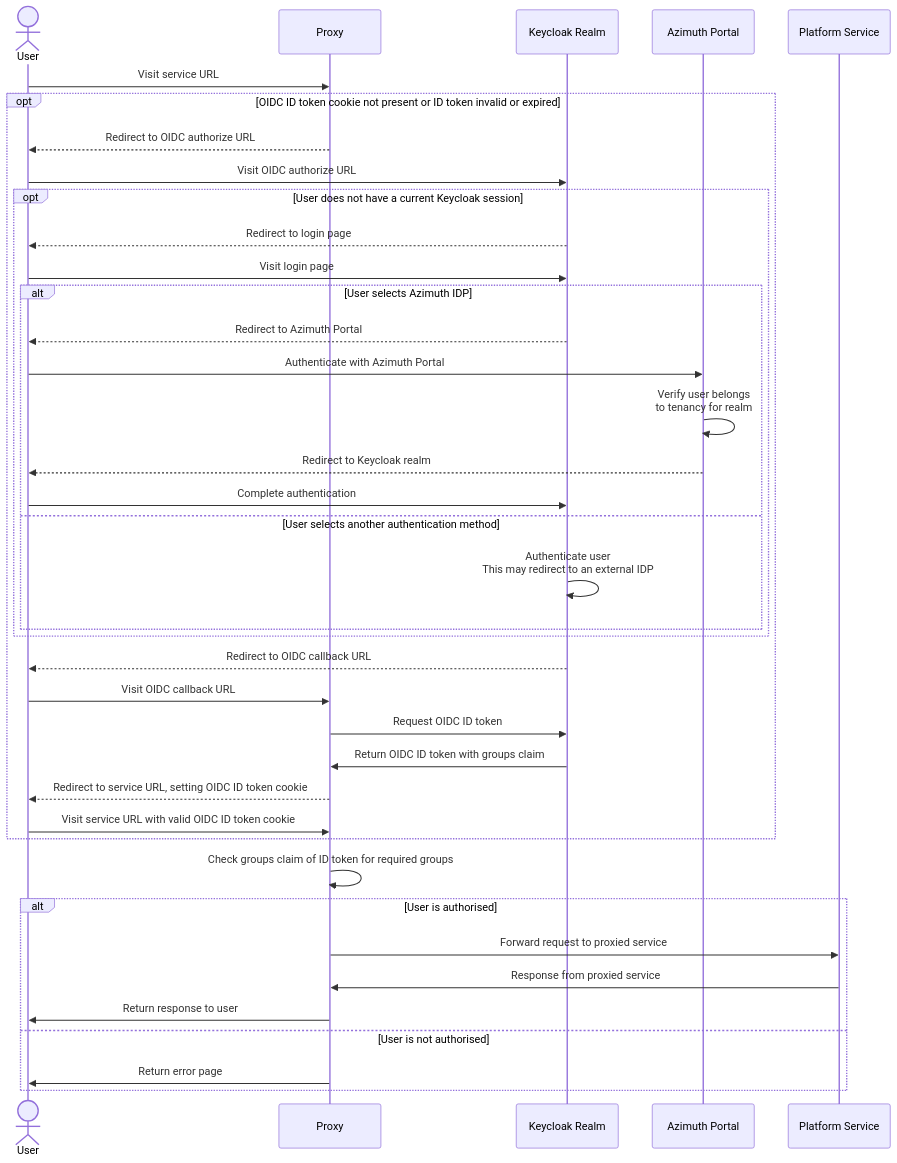
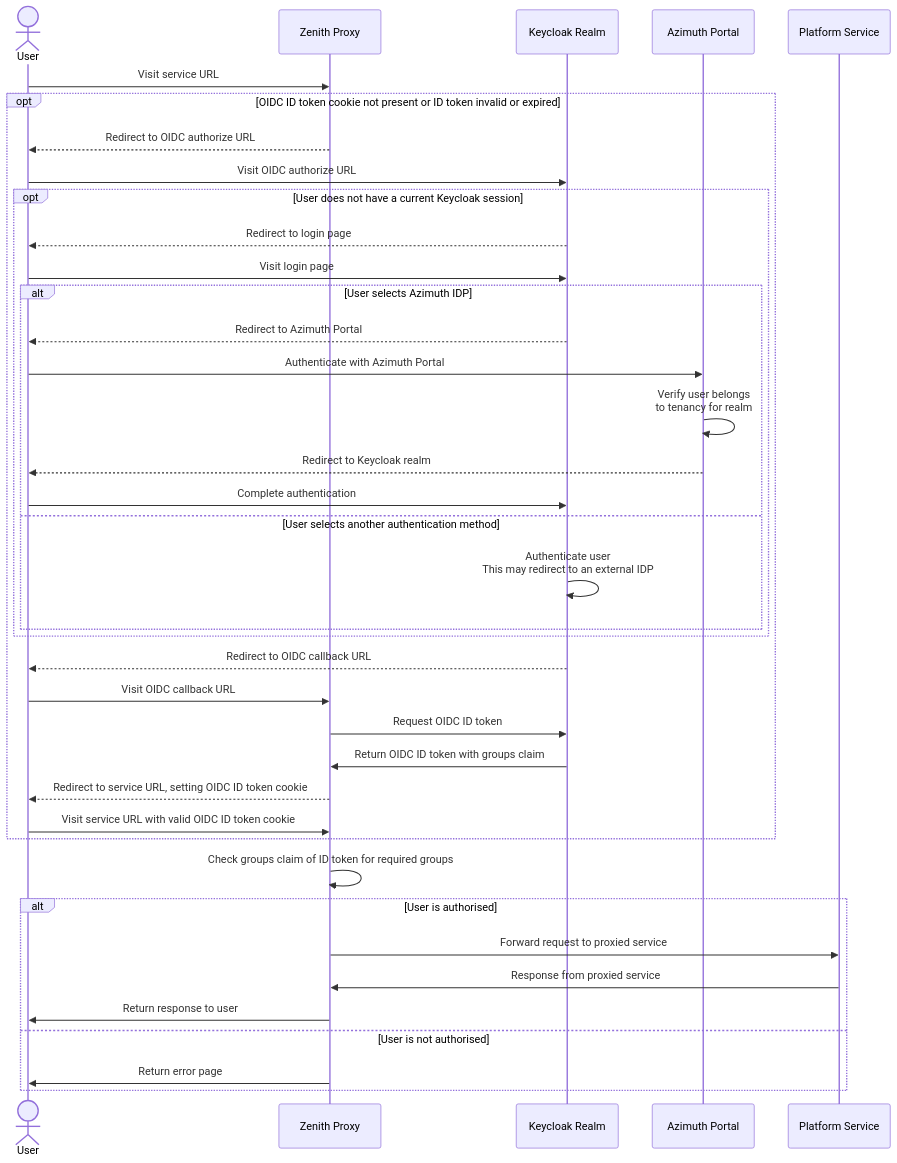
One commit to azimuth-cloud/azimuth-config changed the third of 3 diagrams in docs/architecture/identity.md. Above: the diagram before and after it, drawn with Mermaid. The commit also changed other lines of this file, not shown here.

Commit message:
Add sequence diagram for OIDC flow

````diff
--- a/docs/architecture/identity.md
+++ b/docs/architecture/identity.md
@@ -142,41 +252,41 @@
 ```mermaid
 sequenceDiagram
   actor U as User
-  participant P as Proxy
+  participant P as Zenith Proxy
   participant R as Keycloak Realm
   participant A as Azimuth Portal
   participant S as Platform Service
 
   U ->> P: Visit service URL
   opt OIDC ID token cookie not present or ID token invalid or expired
     P -->> U: Redirect to OIDC authorize URL
     U ->> R: Visit OIDC authorize URL
     opt User does not have a current Keycloak session
       R -->> U: Redirect to login page
       U ->> R: Visit login page
       alt User selects Azimuth IDP
         R -->> U: Redirect to Azimuth Portal
         U ->> A: Authenticate with Azimuth Portal
         A ->> A: Verify user belongs<br/>to tenancy for realm
         A -->> U: Redirect to Keycloak realm
         U ->> R: Complete authentication
       else User selects another authentication method
         R ->> R: Authenticate user<br/>This may redirect to an external IDP
       end
     end
     R -->> U: Redirect to OIDC callback URL
     U ->> P: Visit OIDC callback URL
     P ->> R: Request OIDC ID token
     R ->> P: Return OIDC ID token with groups claim
     P -->> U: Redirect to service URL, setting OIDC ID token cookie
     U ->> P: Visit service URL with valid OIDC ID token cookie
   end
   P ->> P: Check groups claim of ID token for required groups
   alt User is authorised
     P ->> S: Forward request to proxied service
     S ->> P: Response from proxied service
     P ->> U: Return response to user
   else User is not authorised
     P ->> U: Return error page
   end
 ```
````
